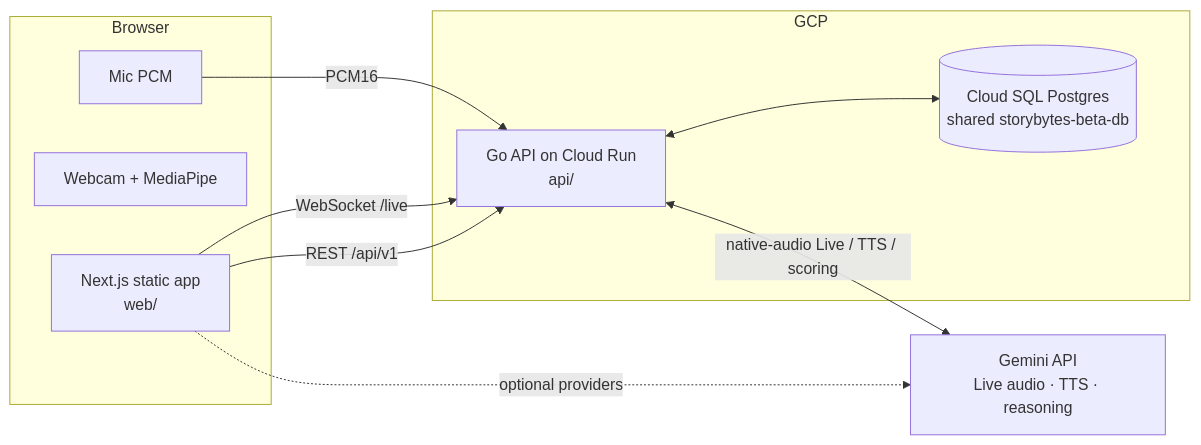
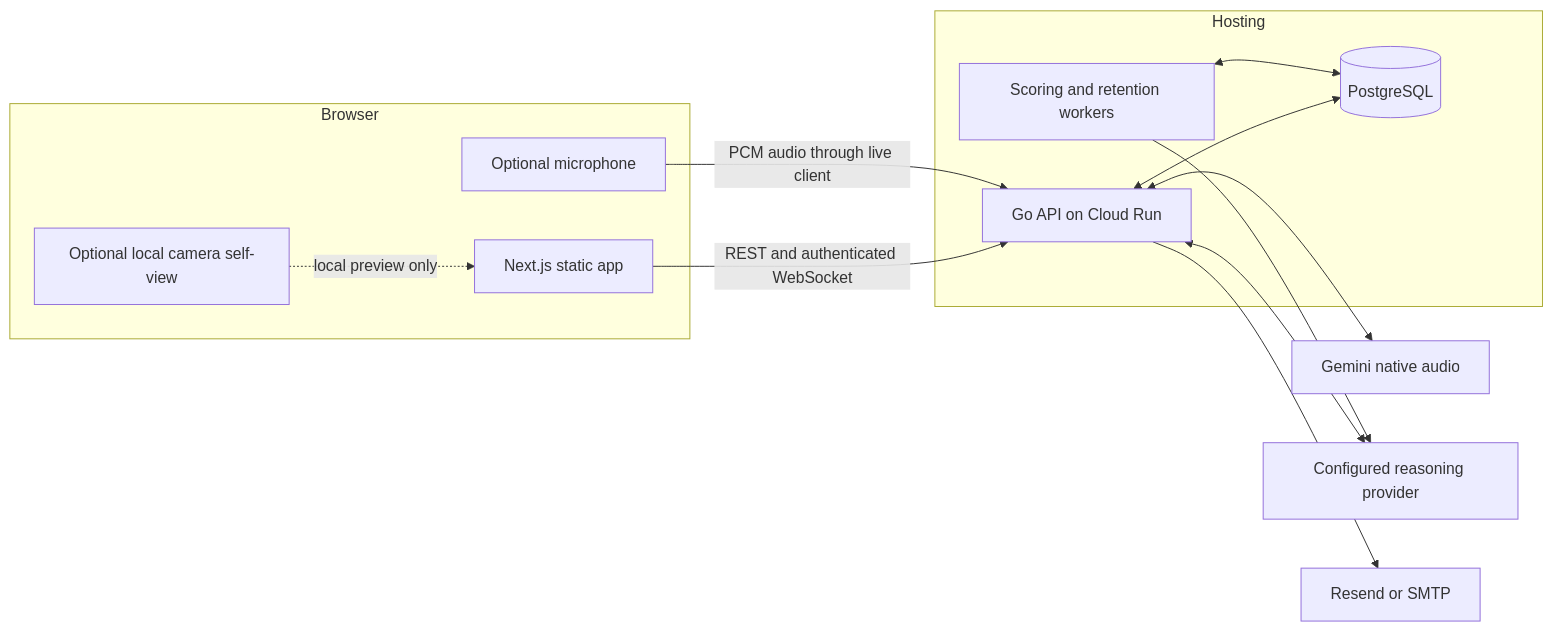
The first of 2 diagrams in docs/ARCHITECTURE.md (tejovardhan-makineni/mockinterview), drawn with Mermaid before and after one commit. The commit also changed other lines of this file and 14 other files, not shown here.

Commit message:
Use Cloud Run-safe health routes and isolate SMTP delivery headers

````diff
--- a/docs/ARCHITECTURE.md
+++ b/docs/ARCHITECTURE.md
@@ -9,19 +11,25 @@
 ```mermaid
 flowchart LR
   subgraph Browser
-    W[Next.js static app<br/>web/]
-    Cam[Webcam + MediaPipe]
-    Mic[Mic PCM]
+    W[Next.js static app]
+    Mic[Optional microphone]
+    Cam[Optional local camera self-view]
   end
-  subgraph GCP
-    API[Go API on Cloud Run<br/>api/]
-    DB[(Cloud SQL Postgres<br/>shared storybytes-beta-db)]
+  subgraph Hosting
+    API[Go API on Cloud Run]
+    DB[(PostgreSQL)]
+    Worker[Scoring and retention workers]
   end
-  G[Gemini API<br/>Live audio · TTS · reasoning]
-  W -- REST /api/v1 --> API
-  W -- WebSocket /live --> API
-  Mic -- PCM16 --> API
+  G[Gemini native audio]
+  L[Configured reasoning provider]
+  Mail[Resend or SMTP]
+  W -->|REST and authenticated WebSocket| API
+  Mic -->|PCM audio through live client| API
+  Cam -. local preview only .-> W
   API <--> DB
-  API <-- native-audio Live / TTS / scoring --> G
-  W -. optional providers .-> G
+  API <--> G
+  API <--> L
+  API --> Mail
+  Worker <--> DB
+  Worker --> L
 ```
````
